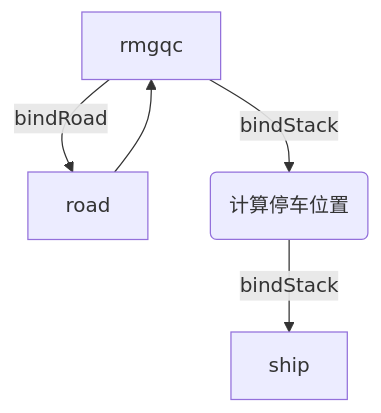
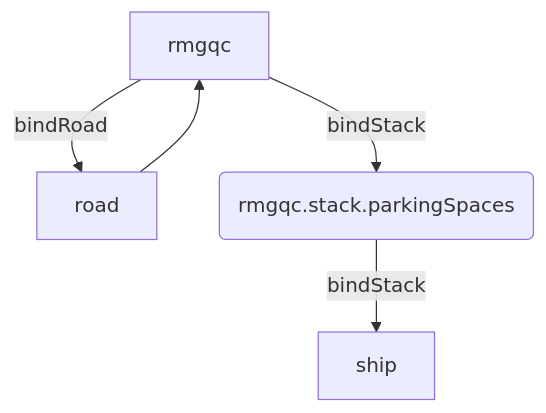
The second of 2 diagrams in docs/components/crane.md (huuhghhgyg/Container-Terminal-Simulation), drawn with Mermaid before and after one commit. The commit also changed other lines of this file and 10 other files, not shown here.

````diff
--- a/docs/components/crane.md
+++ b/docs/components/crane.md
@@ -25,5 +42,5 @@
 ```mermaid
 graph
 rmgqc-->|bindRoad|road-->rmgqc
-rmgqc-->|bindStack|parkingSpaces(计算停车位置)-->|bindStack|ship
+rmgqc-->|bindStack|parkingSpaces(rmgqc.stack.parkingSpaces)-->|bindStack|ship
 ```
````
